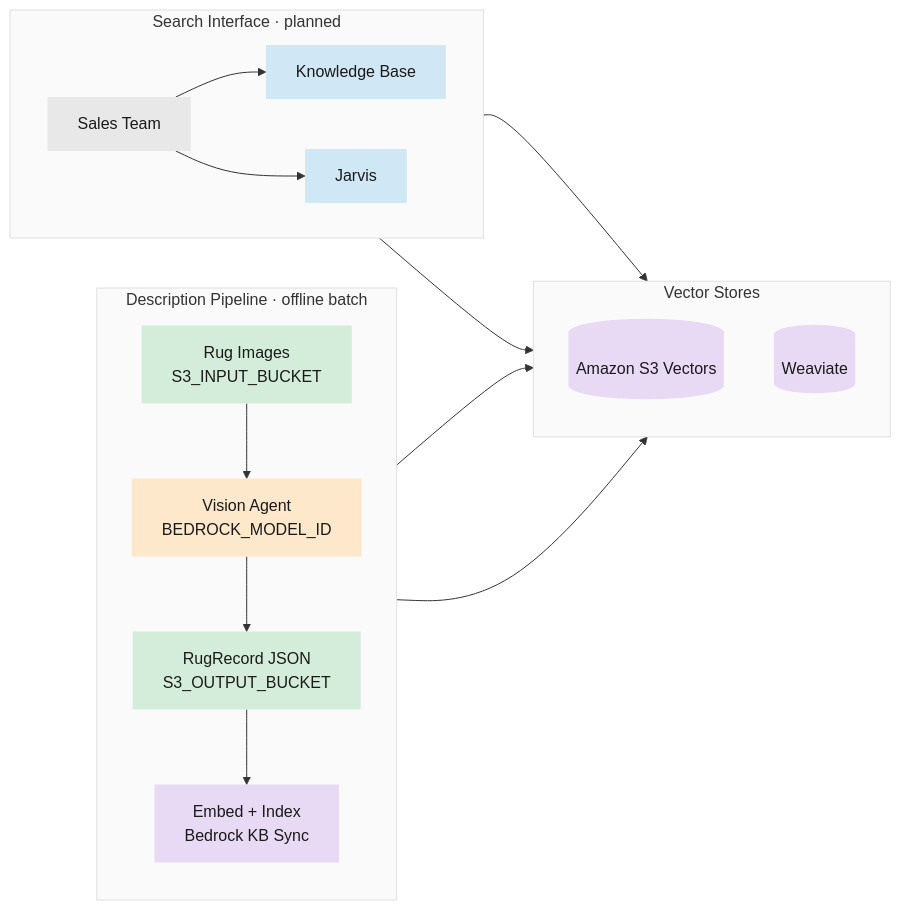
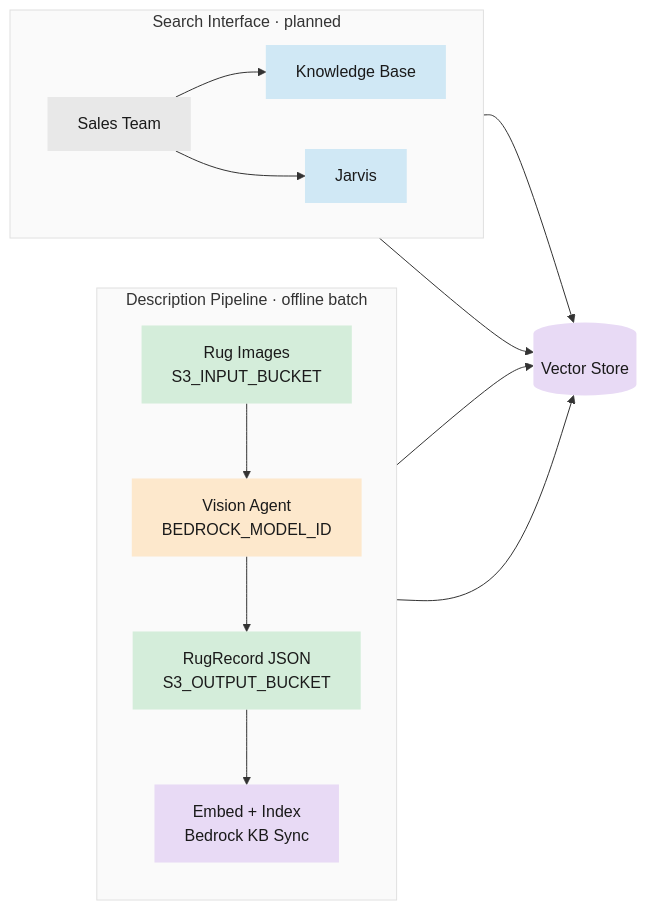
One commit to c0nfitty/Ascending changed the diagram in docs/architecture.md. Above: the diagram before and after it, drawn with Mermaid.

Commit message:
Consolidate vector stores

````diff
--- a/docs/architecture.md
+++ b/docs/architecture.md
@@ -7,36 +7,31 @@
 ```mermaid
 flowchart LR
     classDef storage fill:#d4edda,stroke:none,color:#1a1a1a
     classDef model fill:#fde8cc,stroke:none,color:#1a1a1a
     classDef embed fill:#e8daf5,stroke:none,color:#1a1a1a
     classDef iface fill:#d0e8f5,stroke:none,color:#1a1a1a
     classDef person fill:#e8e8e8,stroke:none,color:#1a1a1a
 
     subgraph PIPELINE["Description Pipeline · offline batch"]
         direction TB
         IMG["Rug Images<br/>S3_INPUT_BUCKET"]:::storage --> AGENT["Vision Agent<br/>BEDROCK_MODEL_ID"]:::model
         AGENT --> JSON["RugRecord JSON<br/>S3_OUTPUT_BUCKET"]:::storage
         JSON --> EMBED["Embed + Index<br/>Bedrock KB Sync"]:::embed
     end
 
-    subgraph STORES["Vector Stores"]
-        direction TB
-        VS[("Amazon S3 Vectors")]:::embed
-        WV[("Weaviate")]:::embed
-    end
+    VS[("Vector Store")]:::embed
 
     EMBED --> VS
-    JSON --> WV
+    JSON --> VS
 
     subgraph SEARCH["Search Interface · planned"]
         direction LR
         USER["Sales Team"]:::person --> KB["Knowledge Base"]:::iface & JARVIS["Jarvis"]:::iface
     end
 
     KB --> VS
-    JARVIS --> WV
+    JARVIS --> VS
 
     style PIPELINE fill:#fafafa,stroke:#e0e0e0,stroke-width:1px
-    style STORES fill:#fafafa,stroke:#e0e0e0,stroke-width:1px
     style SEARCH fill:#fafafa,stroke:#e0e0e0,stroke-width:1px
 ```
````
